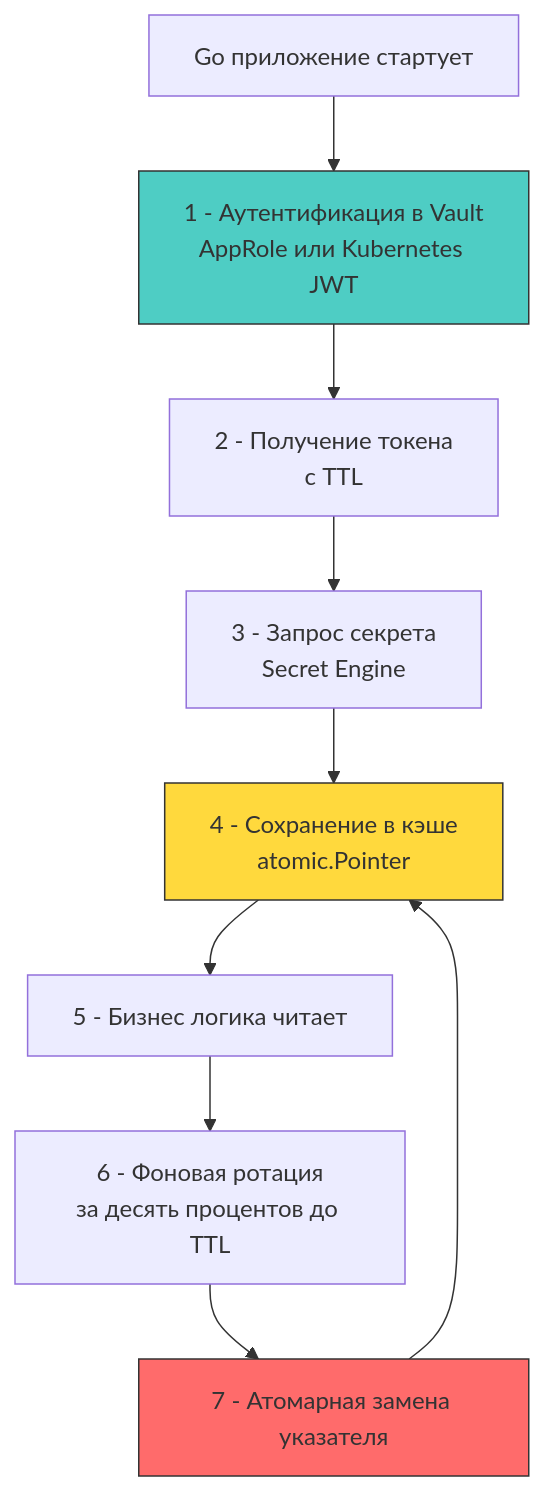
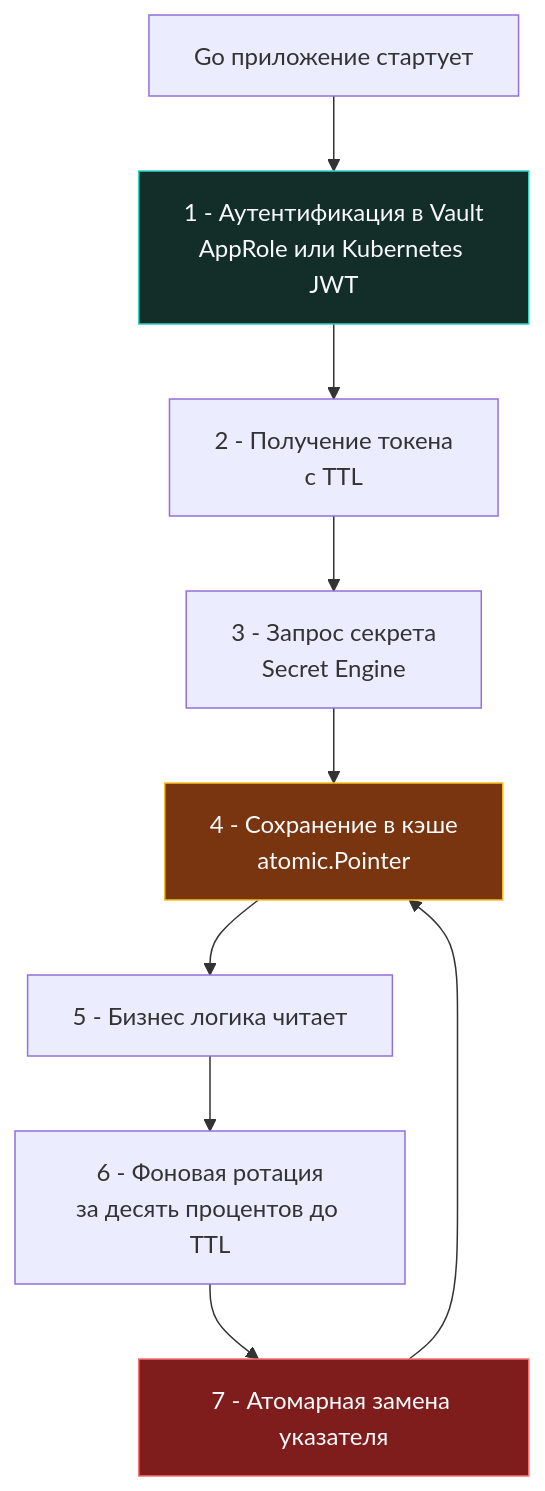
One commit to UnrealTemplier/go-textbook changed the diagram in sources/17. Безопасность (AppSec в Go)/06. Инфраструктура и секреты/2. Vault и альтернативы.md. Above: the diagram before and after it, drawn with Mermaid. The commit also changed 310 other files, not shown here.

First line of the commit message:
fix(mermaid): replace light fill colors with dark palette for readability on dark theme

````diff
--- a/sources/17. Безопасность (AppSec в Go)/06. Инфраструктура и секреты/2. Vault и альтернативы.md
+++ b/sources/17. Безопасность (AppSec в Go)/06. Инфраструктура и секреты/2. Vault и альтернативы.md
@@ -7,14 +7,14 @@
 ```mermaid
 flowchart TD
     A["Go приложение стартует"] --> B["1 - Аутентификация в Vault<br>AppRole или Kubernetes JWT"]
     B --> C["2 - Получение токена<br>с TTL"]
     C --> D["3 - Запрос секрета<br>Secret Engine"]
     D --> E["4 - Сохранение в кэше<br>atomic.Pointer"]
     E --> F["5 - Бизнес логика читает"]
     F --> G["6 - Фоновая ротация<br>за десять процентов до TTL"]
     G --> H["7 - Атомарная замена указателя"]
     H --> E
-    style B fill:#4ecdc4,stroke:#333
-    style E fill:#ffd93d,stroke:#333
-    style H fill:#ff6b6b,stroke:#333
+    style B fill:#132d29,stroke:#2dd4bf,color:#f8fafc
+    style E fill:#78350f,stroke:#fbbf24,color:#f8fafc
+    style H fill:#7f1d1d,stroke:#f87171,color:#f8fafc
 ```
````
